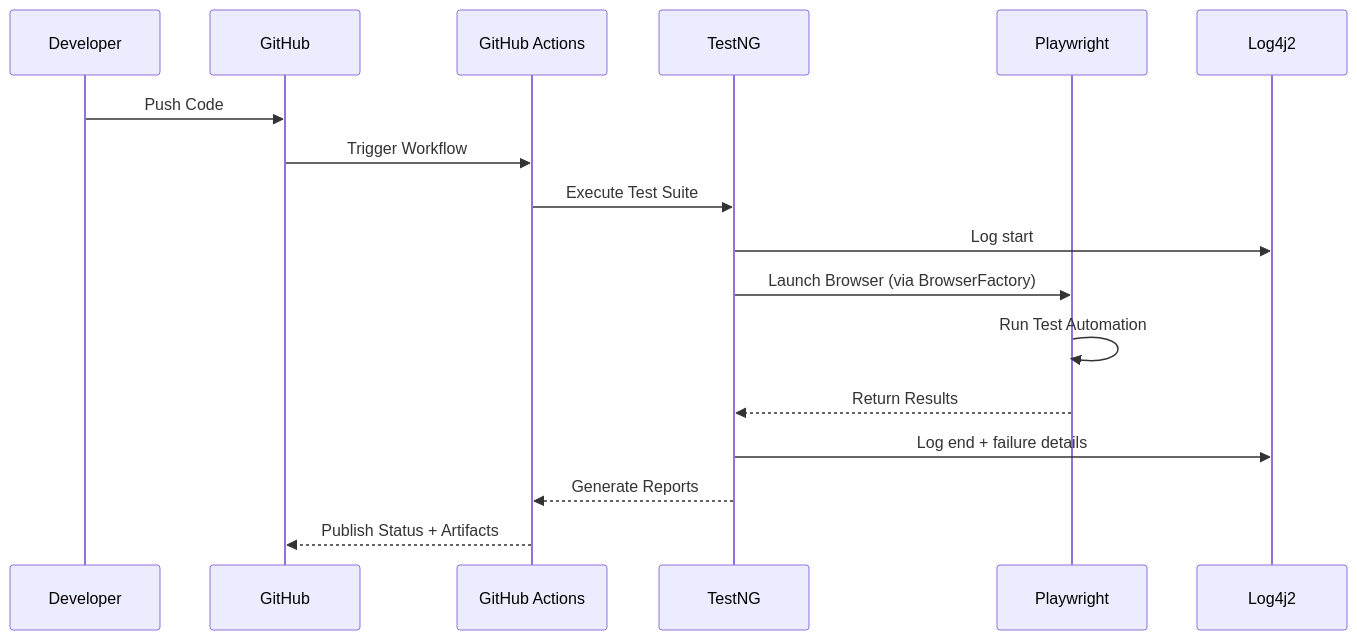
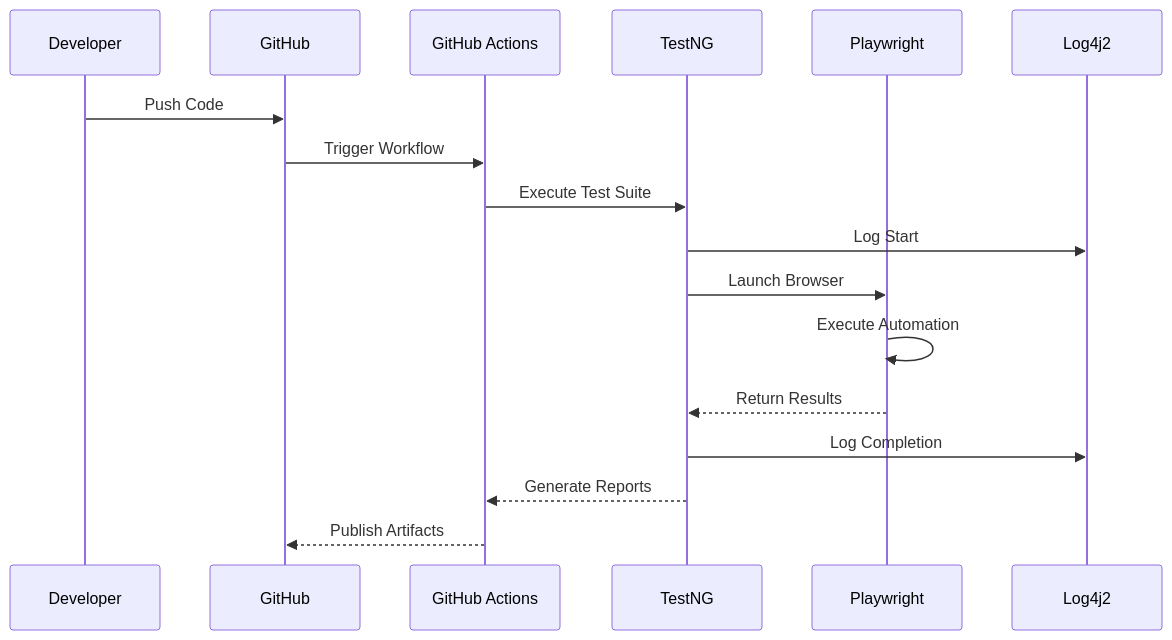
The third of 5 diagrams in README.md (opencode-qa/hybrid-framework), drawn with Mermaid before and after one commit. The commit also changed other lines of this file, not shown here.

````diff
--- a/README.md
+++ b/README.md
@@ -146,20 +185,20 @@
 ```mermaid
 sequenceDiagram
     participant Dev as Developer
     participant GitHub
     participant CI as GitHub Actions
     participant TestNG
     participant PW as Playwright
     participant Log as Log4j2
 
     Dev->>GitHub: Push Code
     GitHub->>CI: Trigger Workflow
     CI->>TestNG: Execute Test Suite
-    TestNG->>Log: Log start
-    TestNG->>PW: Launch Browser (via BrowserFactory)
-    PW->>PW: Run Test Automation
+    TestNG->>Log: Log Start
+    TestNG->>PW: Launch Browser
+    PW->>PW: Execute Automation
     PW-->>TestNG: Return Results
-    TestNG->>Log: Log end + failure details
+    TestNG->>Log: Log Completion
     TestNG-->>CI: Generate Reports
-    CI-->>GitHub: Publish Status + Artifacts
+    CI-->>GitHub: Publish Artifacts
 ```
````
